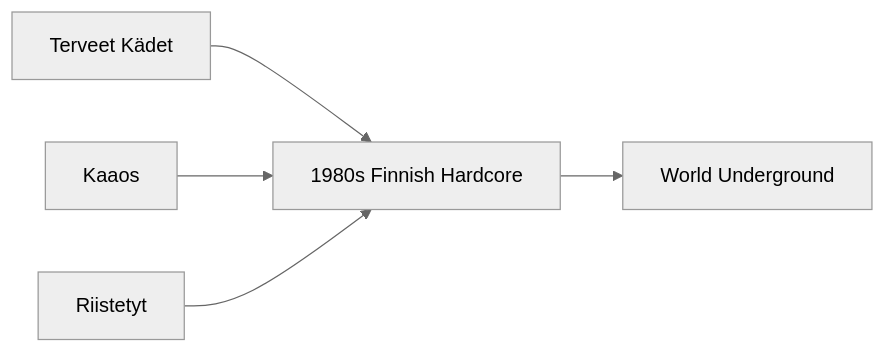
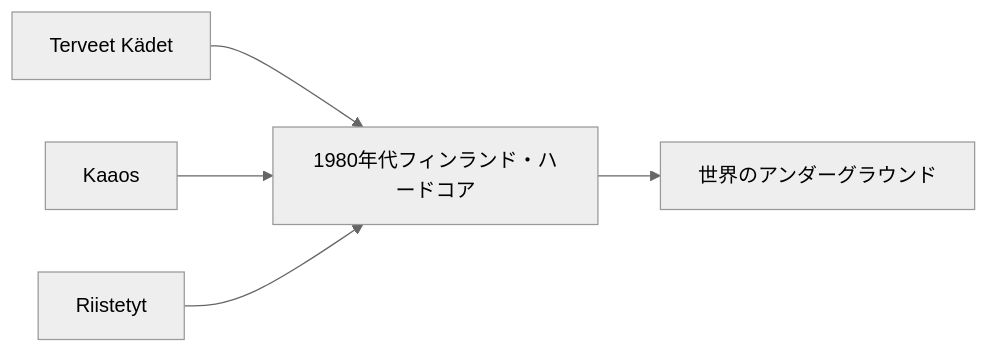
Before and after one commit to monumental-movement/monumental-movement.github.io: the seventh of 13 diagrams in en/_posts/2026-07-13-column-terveet-kadet.md, drawn with Mermaid (neutral theme). The commit also changed other lines of this file and 2196 other files, not shown here.

```diff
--- a/en/_posts/2026-07-13-column-terveet-kadet.md
+++ b/en/_posts/2026-07-13-column-terveet-kadet.md
@@ -365,14 +364,14 @@
 <div class="mermaid">
 graph LR
 A["Terveet Kädet"]
 B["Kaaos"]
 C["Riistetyt"]
-D["1980s Finnish Hardcore"]
-E["World Underground"]
+D["1980年代フィンランド・ハードコア"]
+E["世界のアンダーグラウンド"]
 
 A --> D
 B --> D
 C --> D
 D --> E
 
 </div>
```
